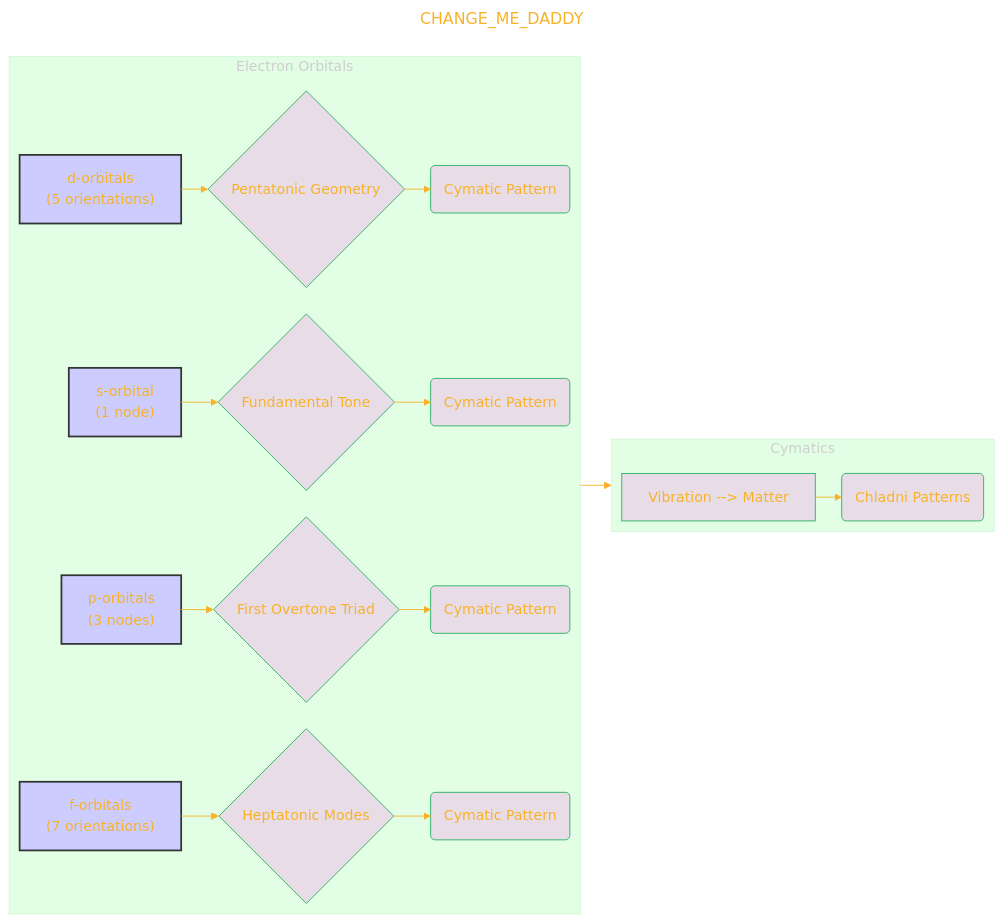
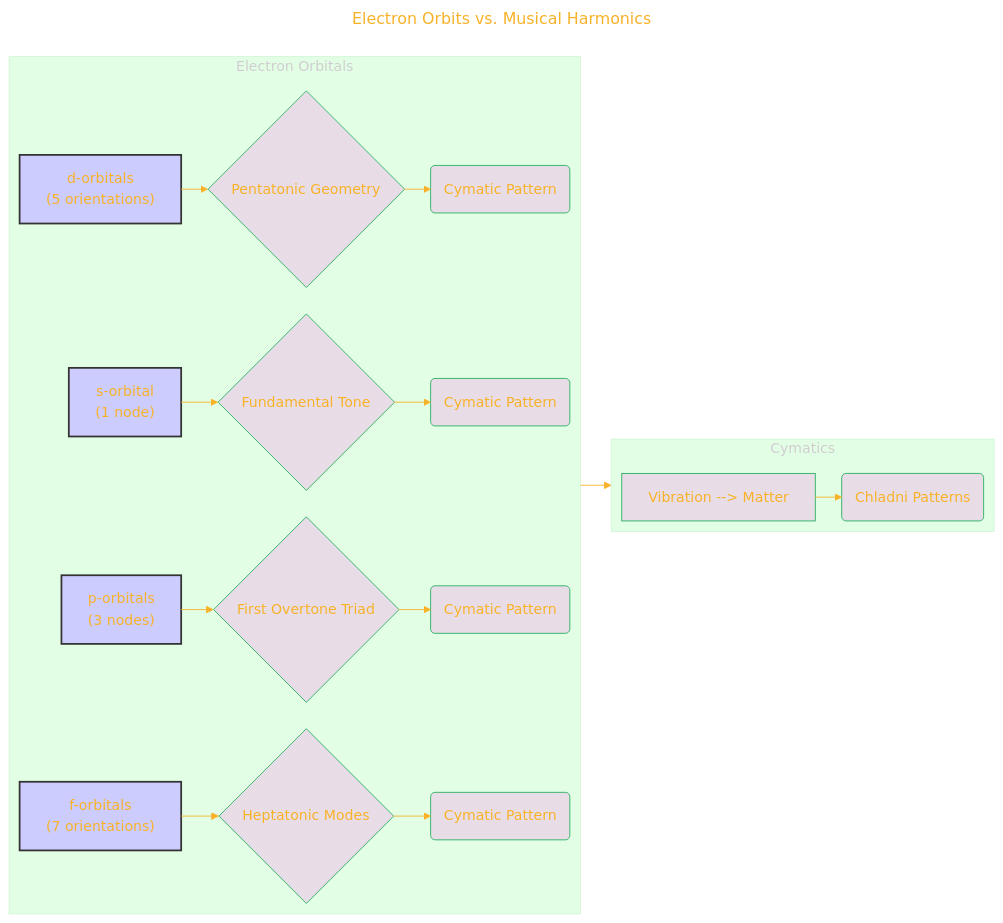
One commit to CongLeSolutionX/Harmonic_Atomica changed the second of 6 diagrams in Quantum_Harmonic_Atomic_Model/Quantum_Harmonic_Atomic_Model_Draft_9.md. Above: the diagram before and after it, drawn with Mermaid. The commit also changed other lines of this file, not shown here.

````diff
--- a/Quantum_Harmonic_Atomic_Model/Quantum_Harmonic_Atomic_Model_Draft_9.md
+++ b/Quantum_Harmonic_Atomic_Model/Quantum_Harmonic_Atomic_Model_Draft_9.md
@@ -128,57 +128,57 @@
 ```mermaid
 ---
-title: "CHANGE_ME_DADDY"
+title: "Electron Orbits vs. Musical Harmonics"
 author: "Cong Le"
 version: "1.0"
 license(s): "MIT, CC BY 4.0"
 copyright: "Copyright (c) 2025 Cong Le. All Rights Reserved."
 config:
   layout: elk
   theme: base
 ---
 %%%%%%%% Mermaid version v11.4.1-b.14
 %%%%%%%% Available curve styles include the following keywords:
 %% basis, bumpX, bumpY, cardinal, catmullRom, linear, monotoneX, monotoneY, natural, step, stepAfter, stepBefore.
 %%{
   init: {
     'flowchart': { 'htmlLabels': false, 'curve': 'linear' },
     'fontFamily': 'Monaco',
     'themeVariables': {
       'primaryColor': '#F5E3',
       'primaryTextColor': '#F8B229',
       'lineColor': '#F8B229',
       'primaryBorderColor': '#27AE60',
       'secondaryColor': '#EBDEF0',
       'secondaryTextColor': '#6C3483',
       'secondaryBorderColor': '#A569BD'
     }
   }
 }%%
 flowchart LR
     subgraph Electron_Orbitals["Electron Orbitals"]
         A["s-orbital<br/>(1 node)"] --> B{"Fundamental Tone"}
         B --> C("Cymatic Pattern")
         
         D["p-orbitals<br/>(3 nodes)"] --> E{"First Overtone Triad"}
         E --> F("Cymatic Pattern")
         
         G["d-orbitals<br/>(5 orientations)"] --> H{"Pentatonic Geometry"}
         H --> I("Cymatic Pattern")
         
         J["f-orbitals<br/>(7 orientations)"] --> K{"Heptatonic Modes"}
         K --> L("Cymatic Pattern")
     end
     
     subgraph Cymatics["Cymatics"]
         M["Vibration --> Matter"] --> N("Chladni Patterns")
     end
     
     Electron_Orbitals --> Cymatics
 
 
 	style A fill:#ccf,stroke:#333,stroke-width:2px
 	style D fill:#ccf,stroke:#333,stroke-width:2px
 	style J fill:#ccf,stroke:#333,stroke-width:2px
 	style G fill:#ccf,stroke:#333,stroke-width:2px
     
 ```
````
